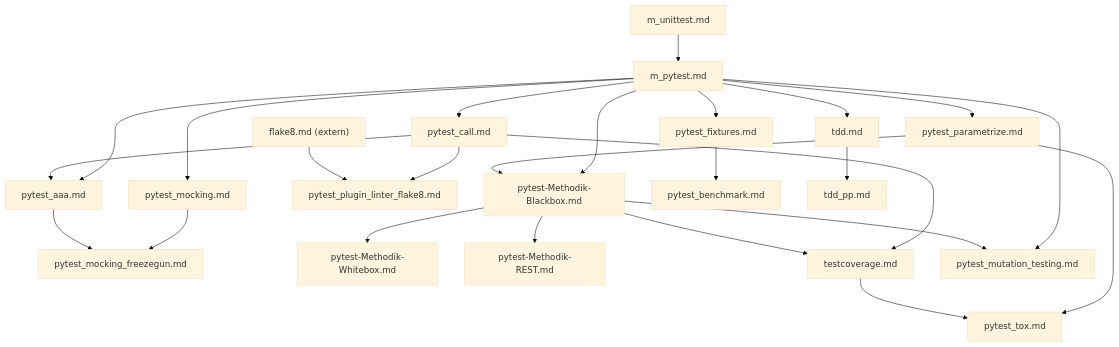
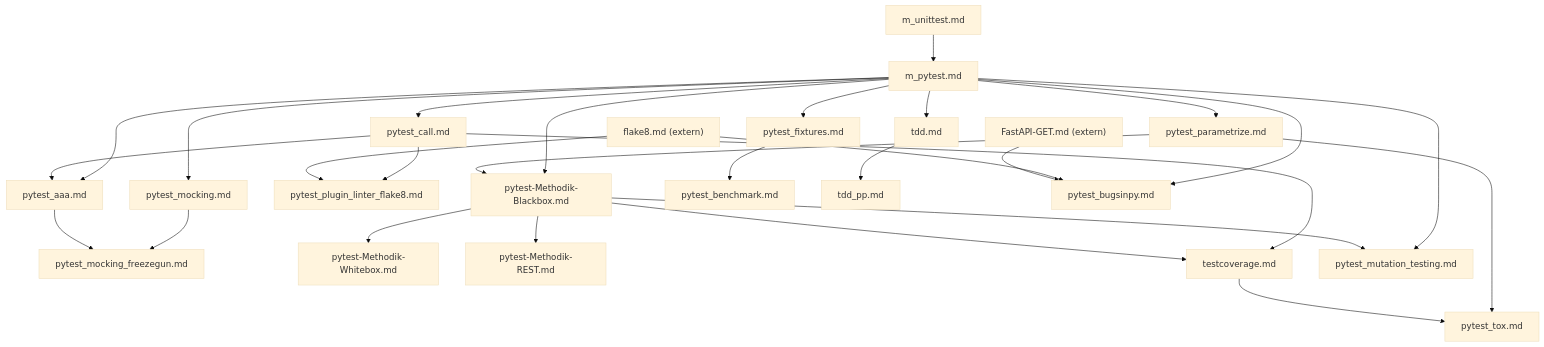
One commit to fubinf/propra-inf changed the diagram in ch/Testen/Unittests/index.md. Above: the diagram before and after it, drawn with Mermaid (base theme). The commit also changed other lines of this file and 2 other files, not shown here.

Commit message:
pytest_bugsinpy.md: #197; added task in stage alpha

````diff
--- a/ch/Testen/Unittests/index.md
+++ b/ch/Testen/Unittests/index.md
@@ -19,47 +19,52 @@
 ```mermaid
 graph TD
     m_unittest["m_unittest.md"]
     m_pytest["m_pytest.md"]
     pytest_call["pytest_call.md"]
     pytest_parametrize["pytest_parametrize.md"]
     pytest_aaa["pytest_aaa.md"]
     pytest_fixtures["pytest_fixtures.md"]
     pytest_mocking["pytest_mocking.md"]
     pytest_mocking_freezegun["pytest_mocking_freezegun.md"]
     pytest_plugin_linter_flake8["pytest_plugin_linter_flake8.md"]
     tdd["tdd.md"]
     pytest_methodik_blackbox["pytest-Methodik-Blackbox.md"]
     pytest_methodik_whitebox["pytest-Methodik-Whitebox.md"]
     pytest_methodik_rest["pytest-Methodik-REST.md"]
     flake8_ext["flake8.md (extern)"]
+    fastapi_get_ext["FastAPI-GET.md (extern)"]
     testcoverage["testcoverage.md"]
     pytest_benchmark["pytest_benchmark.md"]
     pytest_tox["pytest_tox.md"]
     pytest_mutation_testing["pytest_mutation_testing.md"]
     tdd_pp["tdd_pp.md"]
+    pytest_bugsinpy["pytest_bugsinpy.md"]
 
     m_unittest --> m_pytest
     m_pytest --> pytest_call
     m_pytest --> pytest_parametrize
     m_pytest --> pytest_aaa
     m_pytest --> pytest_fixtures
     m_pytest --> pytest_mocking
     m_pytest --> tdd
     m_pytest --> pytest_methodik_blackbox
     m_pytest --> pytest_mutation_testing
+    m_pytest --> pytest_bugsinpy
     pytest_call --> pytest_aaa
     pytest_call --> pytest_plugin_linter_flake8
     pytest_call --> testcoverage
     pytest_parametrize --> pytest_methodik_blackbox
     pytest_parametrize --> pytest_tox
     pytest_methodik_blackbox --> pytest_methodik_whitebox
     pytest_methodik_blackbox --> pytest_methodik_rest
     pytest_methodik_blackbox --> testcoverage
     pytest_methodik_blackbox --> pytest_mutation_testing
     pytest_mocking --> pytest_mocking_freezegun
     pytest_aaa --> pytest_mocking_freezegun
     pytest_fixtures --> pytest_benchmark
     tdd --> tdd_pp
     testcoverage --> pytest_tox
     flake8_ext --> pytest_plugin_linter_flake8
+    flake8_ext --> pytest_bugsinpy
+    fastapi_get_ext --> pytest_bugsinpy
 ```
````
